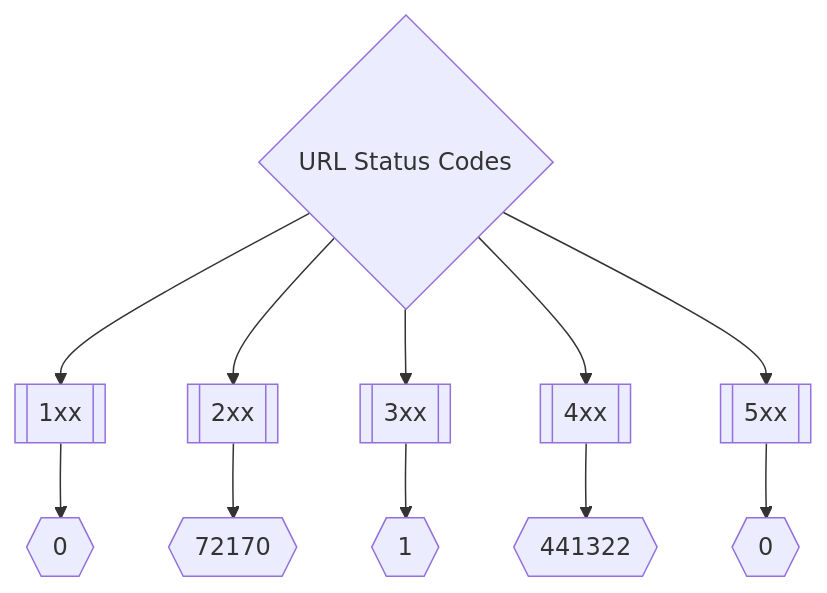
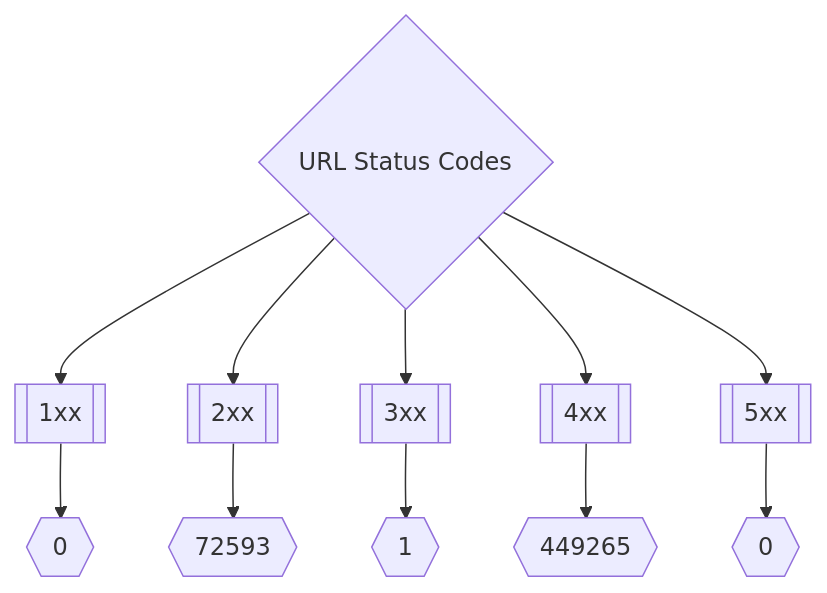
The second of 3 diagrams in README.md (trickest/inventory), drawn with Mermaid before and after one commit. The commit also changed other lines of this file and 121 other files, not shown here.

````diff
--- a/README.md
+++ b/README.md
@@ -173,8 +173,8 @@
 ```mermaid
 graph TD
 title{URL Status Codes} --> 1xx[[1xx]] --> status1xxNum{{0}}
-title --> 2xx[[2xx]] --> status2xxNum{{72170}}
+title --> 2xx[[2xx]] --> status2xxNum{{72593}}
 title --> 3xx[[3xx]] --> status3xxNum{{1}}
-title --> 4xx[[4xx]] --> status4xxNum{{441322}}
+title --> 4xx[[4xx]] --> status4xxNum{{449265}}
 title --> 5xx[[5xx]] --> status5xxNum{{0}}
 ```
````
